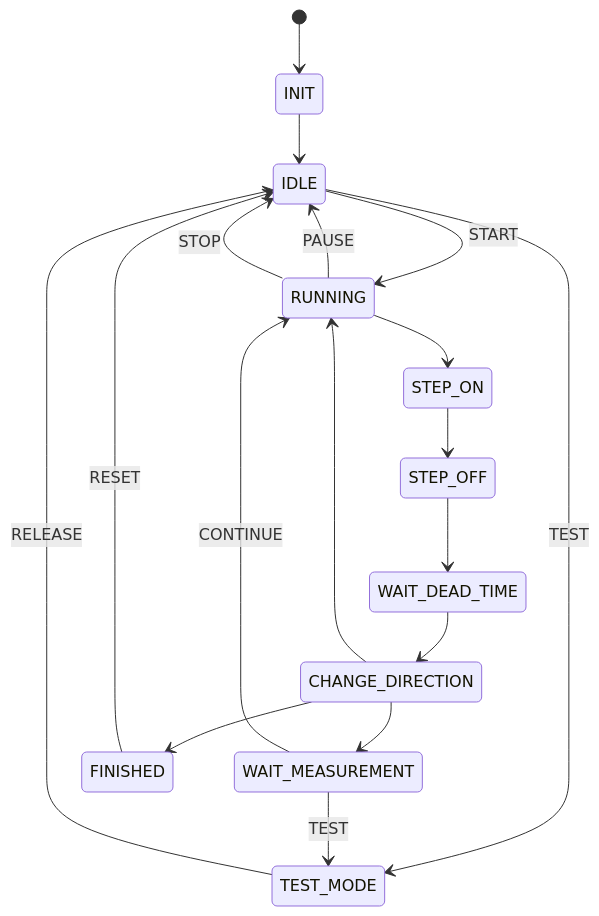
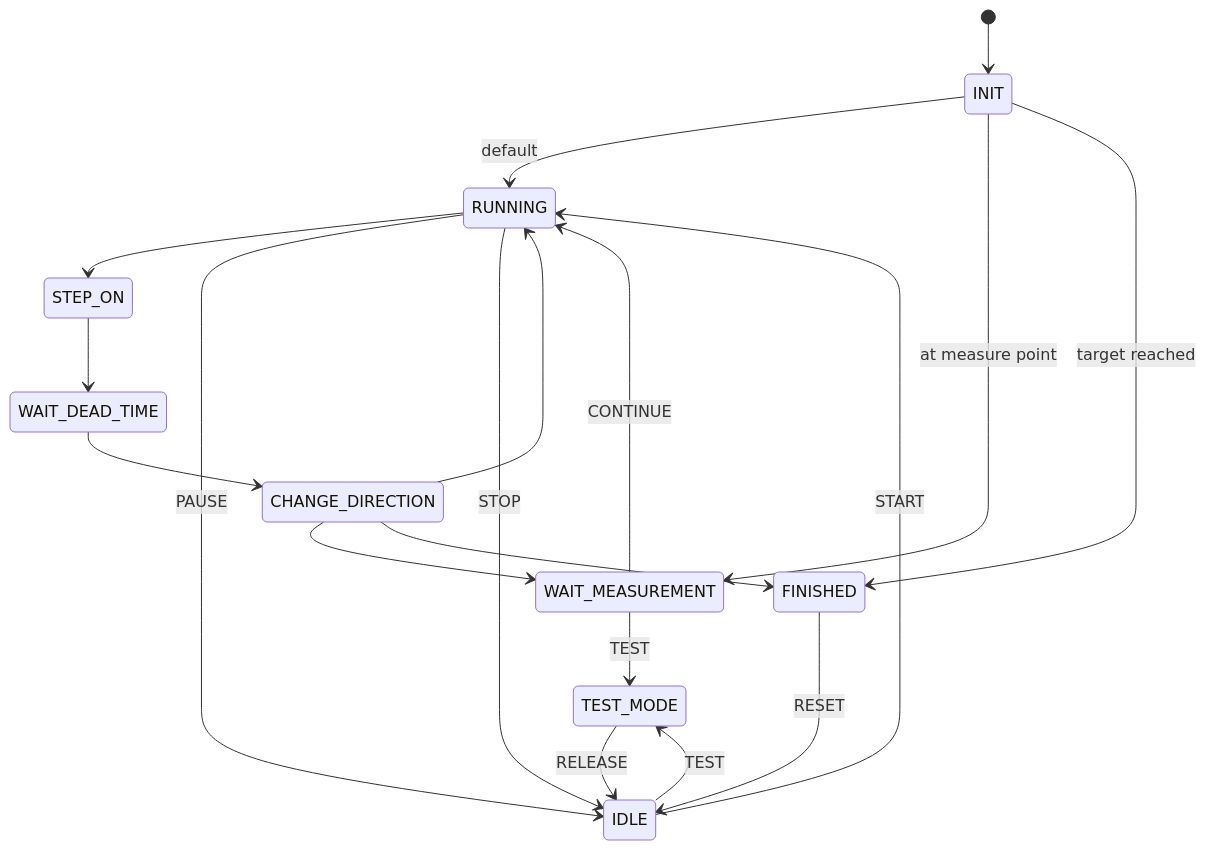
The diagram in state_machine.md (domkow78/Relay_tester), drawn with Mermaid before and after one commit. The commit also changed other lines of this file and 11 other files, not shown here.

````diff
--- a/state_machine.md
+++ b/state_machine.md
@@ -169,29 +168,30 @@
 ```mermaid
 stateDiagram-v2
 
 [*] --> INIT
 
-INIT --> IDLE
+INIT --> RUNNING : default
+INIT --> WAIT_MEASUREMENT : at measure point
+INIT --> FINISHED : target reached
 
 IDLE --> RUNNING : START
 IDLE --> TEST_MODE : TEST
 
 TEST_MODE --> IDLE : RELEASE
 
 RUNNING --> STEP_ON
-STEP_ON --> STEP_OFF
-STEP_OFF --> WAIT_DEAD_TIME
+STEP_ON --> WAIT_DEAD_TIME
 WAIT_DEAD_TIME --> CHANGE_DIRECTION
 
 CHANGE_DIRECTION --> RUNNING
 CHANGE_DIRECTION --> WAIT_MEASUREMENT
 CHANGE_DIRECTION --> FINISHED
 
 WAIT_MEASUREMENT --> RUNNING : CONTINUE
 WAIT_MEASUREMENT --> TEST_MODE : TEST
 
 RUNNING --> IDLE : PAUSE
 RUNNING --> IDLE : STOP
 
 FINISHED --> IDLE : RESET
 ```
````
